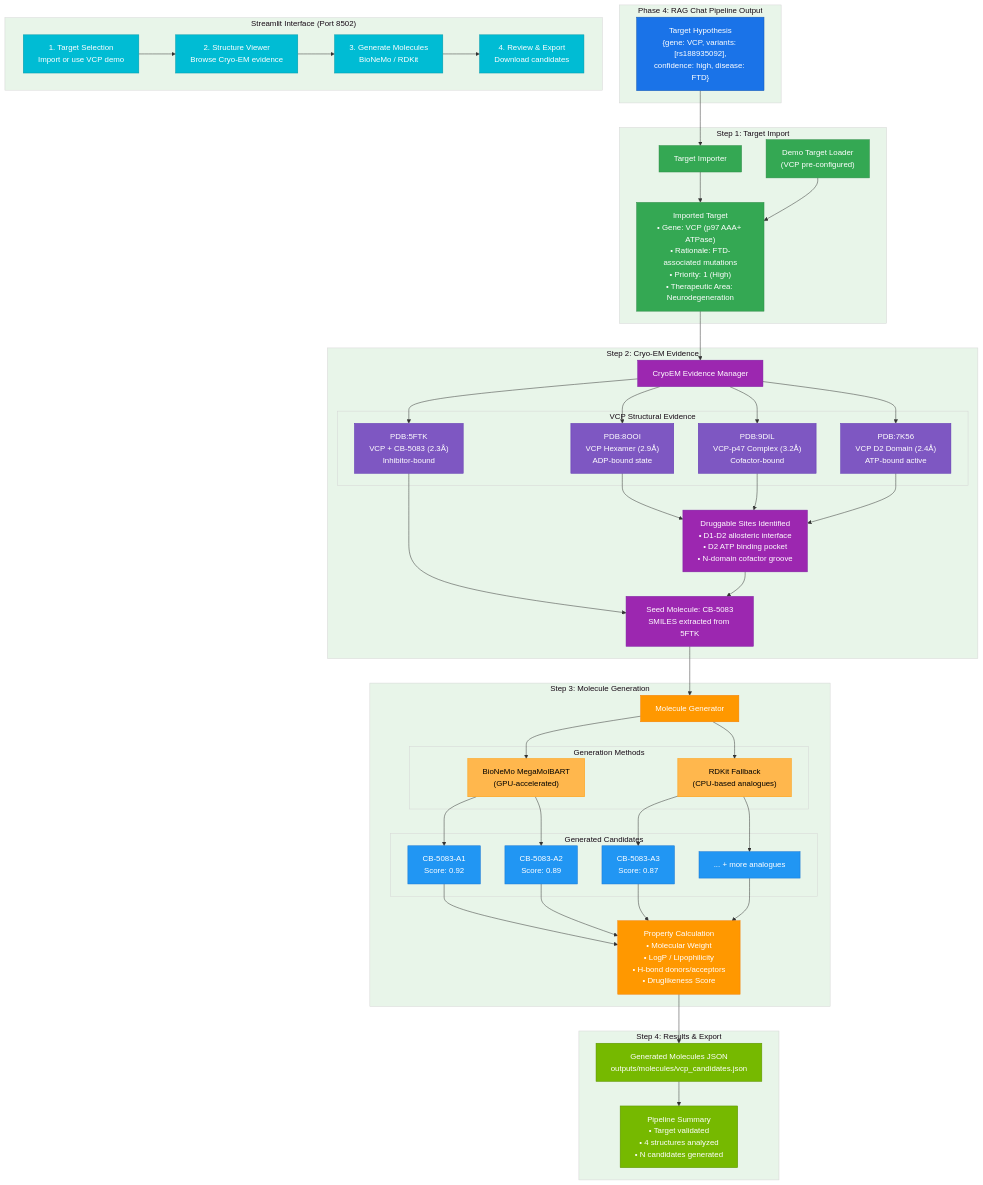
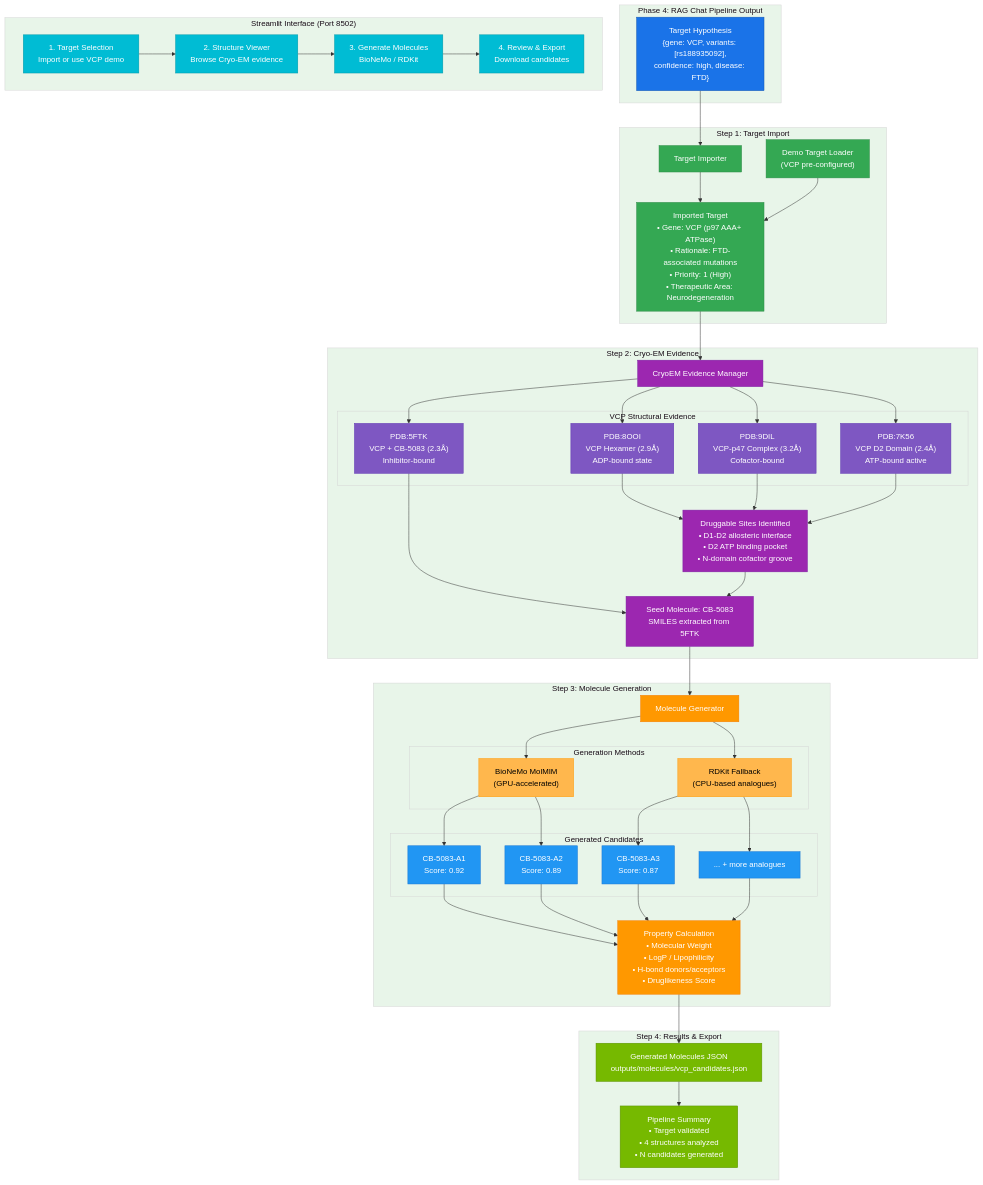
The diagram in docs/diagrams/drug-discovery-pipeline-diagram.mmd (ajones1923/hcls-ai-factory), drawn with Mermaid before and after one commit. The commit also changed 15 other files, not shown here.

```diff
--- a/docs/diagrams/drug-discovery-pipeline-diagram.mmd
+++ b/docs/diagrams/drug-discovery-pipeline-diagram.mmd
@@ -1,112 +1,112 @@
 %%{init: {'theme': 'base', 'themeVariables': { 'primaryColor': '#76b900', 'primaryTextColor': '#fff', 'primaryBorderColor': '#5a8f00', 'lineColor': '#333', 'secondaryColor': '#f0f0f0', 'tertiaryColor': '#e8f5e9'}}}%%
 
 flowchart TB
     subgraph INPUT["Phase 4: RAG Chat Pipeline Output"]
         HYPOTHESIS["Target Hypothesis<br/>{gene: VCP, variants: [rs188935092],<br/>confidence: high, disease: FTD}"]
     end
 
     subgraph IMPORT["Step 1: Target Import"]
         IMPORTER["Target Importer"]
         TARGET["Imported Target<br/>• Gene: VCP (p97 AAA+ ATPase)<br/>• Rationale: FTD-associated mutations<br/>• Priority: 1 (High)<br/>• Therapeutic Area: Neurodegeneration"]
         DEMO_TARGET["Demo Target Loader<br/>(VCP pre-configured)"]
     end
 
     subgraph CRYOEM["Step 2: Cryo-EM Evidence"]
         EVIDENCE_MGR["CryoEM Evidence Manager"]
 
         subgraph STRUCTURES["VCP Structural Evidence"]
             PDB1["PDB:8OOI<br/>VCP Hexamer (2.9Å)<br/>ADP-bound state"]
             PDB2["PDB:9DIL<br/>VCP-p47 Complex (3.2Å)<br/>Cofactor-bound"]
             PDB3["PDB:7K56<br/>VCP D2 Domain (2.4Å)<br/>ATP-bound active"]
             PDB4["PDB:5FTK<br/>VCP + CB-5083 (2.3Å)<br/>Inhibitor-bound"]
         end
 
         BINDING["Druggable Sites Identified<br/>• D1-D2 allosteric interface<br/>• D2 ATP binding pocket<br/>• N-domain cofactor groove"]
         SEED["Seed Molecule: CB-5083<br/>SMILES extracted from 5FTK"]
     end
 
     subgraph MOLGEN["Step 3: Molecule Generation"]
         GENERATOR["Molecule Generator"]
 
         subgraph METHODS["Generation Methods"]
-            BIONEMO["BioNeMo MegaMolBART<br/>(GPU-accelerated)"]
+            BIONEMO["BioNeMo MolMIM<br/>(GPU-accelerated)"]
             RDKIT["RDKit Fallback<br/>(CPU-based analogues)"]
         end
 
         subgraph MOLECULES["Generated Candidates"]
             MOL1["CB-5083-A1<br/>Score: 0.92"]
             MOL2["CB-5083-A2<br/>Score: 0.89"]
             MOL3["CB-5083-A3<br/>Score: 0.87"]
             MOLN["... + more analogues"]
         end
 
         PROPERTIES["Property Calculation<br/>• Molecular Weight<br/>• LogP / Lipophilicity<br/>• H-bond donors/acceptors<br/>• Druglikeness Score"]
     end
 
     subgraph OUTPUT["Step 4: Results & Export"]
         RESULTS["Generated Molecules JSON<br/>outputs/molecules/vcp_candidates.json"]
         SUMMARY["Pipeline Summary<br/>• Target validated<br/>• 4 structures analyzed<br/>• N candidates generated"]
     end
 
     subgraph UI["Streamlit Interface (Port 8502)"]
         STEP1_UI["1. Target Selection<br/>Import or use VCP demo"]
         STEP2_UI["2. Structure Viewer<br/>Browse Cryo-EM evidence"]
         STEP3_UI["3. Generate Molecules<br/>BioNeMo / RDKit"]
         STEP4_UI["4. Review & Export<br/>Download candidates"]
     end
 
     %% Flow connections
     HYPOTHESIS --> IMPORTER
     IMPORTER --> TARGET
     DEMO_TARGET --> TARGET
 
     TARGET --> EVIDENCE_MGR
     EVIDENCE_MGR --> PDB1
     EVIDENCE_MGR --> PDB2
     EVIDENCE_MGR --> PDB3
     EVIDENCE_MGR --> PDB4
     PDB4 --> SEED
     PDB1 --> BINDING
     PDB2 --> BINDING
     PDB3 --> BINDING
     BINDING --> SEED
 
     SEED --> GENERATOR
     GENERATOR --> BIONEMO
     GENERATOR --> RDKIT
     BIONEMO --> MOL1
     BIONEMO --> MOL2
     RDKIT --> MOL3
     RDKIT --> MOLN
     MOL1 --> PROPERTIES
     MOL2 --> PROPERTIES
     MOL3 --> PROPERTIES
     MOLN --> PROPERTIES
 
     PROPERTIES --> RESULTS
     RESULTS --> SUMMARY
 
     STEP1_UI --> STEP2_UI
     STEP2_UI --> STEP3_UI
     STEP3_UI --> STEP4_UI
 
     %% Styling
     classDef inputStyle fill:#1a73e8,stroke:#1557b0,color:#fff
     classDef importStyle fill:#34a853,stroke:#2d8a47,color:#fff
     classDef cryoemStyle fill:#9c27b0,stroke:#7b1fa2,color:#fff
     classDef structureStyle fill:#7e57c2,stroke:#5e35b1,color:#fff
     classDef molgenStyle fill:#ff9800,stroke:#f57c00,color:#fff
     classDef methodStyle fill:#ffb74d,stroke:#ff9800,color:#000
     classDef moleculeStyle fill:#2196f3,stroke:#1976d2,color:#fff
     classDef outputStyle fill:#76b900,stroke:#5a8f00,color:#fff
     classDef uiStyle fill:#00bcd4,stroke:#0097a7,color:#fff
 
     class HYPOTHESIS inputStyle
     class IMPORTER,TARGET,DEMO_TARGET importStyle
     class EVIDENCE_MGR,BINDING,SEED cryoemStyle
     class PDB1,PDB2,PDB3,PDB4 structureStyle
     class GENERATOR,PROPERTIES molgenStyle
     class BIONEMO,RDKIT methodStyle
     class MOL1,MOL2,MOL3,MOLN moleculeStyle
     class RESULTS,SUMMARY outputStyle
     class STEP1_UI,STEP2_UI,STEP3_UI,STEP4_UI uiStyle
```
